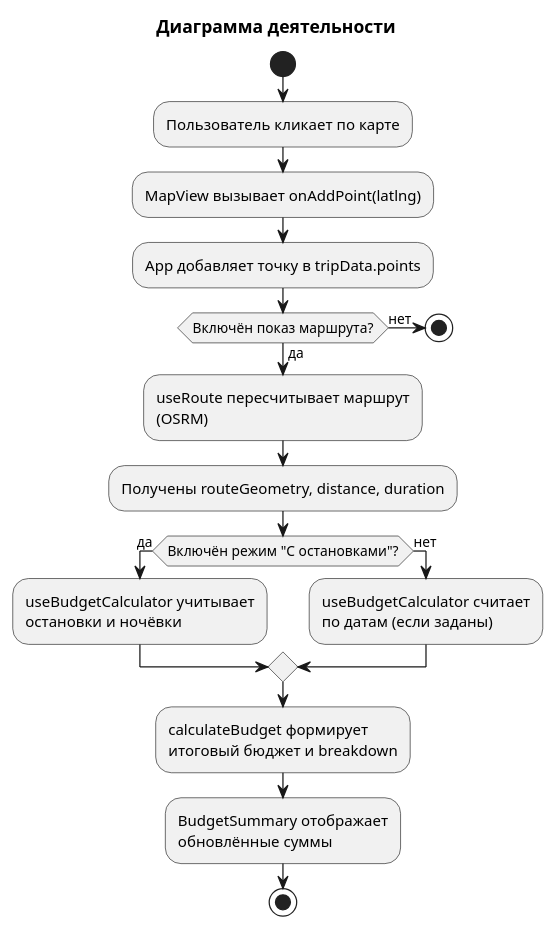
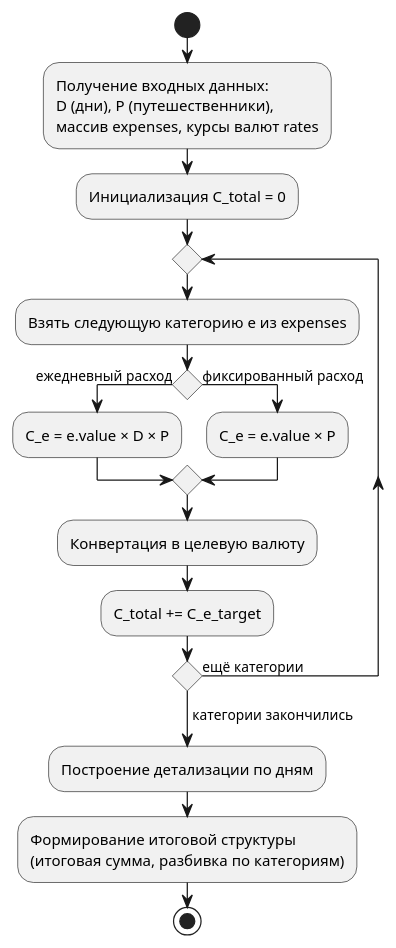
The diagram in umls/activity.plantuml (Aichubaba/TravelCalculator), drawn with PlantUML before and after one commit. The commit also changed 3 other files, not shown here.

```diff
--- a/umls/activity.plantuml
+++ b/umls/activity.plantuml
@@ -1,26 +1,19 @@
 @startuml
-title Диаграмма деятельности
-
 start
-:Пользователь кликает по карте;
-:MapView вызывает onAddPoint(latlng);
-:App добавляет точку в tripData.points;
-
-if (Включён показ маршрута?) then (да)
-  :useRoute пересчитывает маршрут\n(OSRM);
-  :Получены routeGeometry, distance, duration;
-else (нет)
-  stop
-endif
-
-if (Включён режим "С остановками"?) then (да)
-  :useBudgetCalculator учитывает\nостановки и ночёвки;
-else (нет)
-  :useBudgetCalculator считает\nпо датам (если заданы);
-endif
-
-:calculateBudget формирует\nитоговый бюджет и breakdown;
-:BudgetSummary отображает\nобновлённые суммы;
-
+:Получение входных данных:\nD (дни), P (путешественники),\nмассив expenses, курсы валют rates;
+:Инициализация C_total = 0;
+repeat
+  :Взять следующую категорию e из expenses;
+  if () then (ежедневный расход)
+    :C_e = e.value × D × P;
+  else (фиксированный расход)
+    :C_e = e.value × P;
+  endif
+  :Конвертация в целевую валюту;
+  :C_total += C_e_target;
+repeat while () is (ещё категории)
+-> категории закончились;
+:Построение детализации по дням;
+:Формирование итоговой структуры \n(итоговая сумма, разбивка по категориям);
 stop
 @enduml
```
